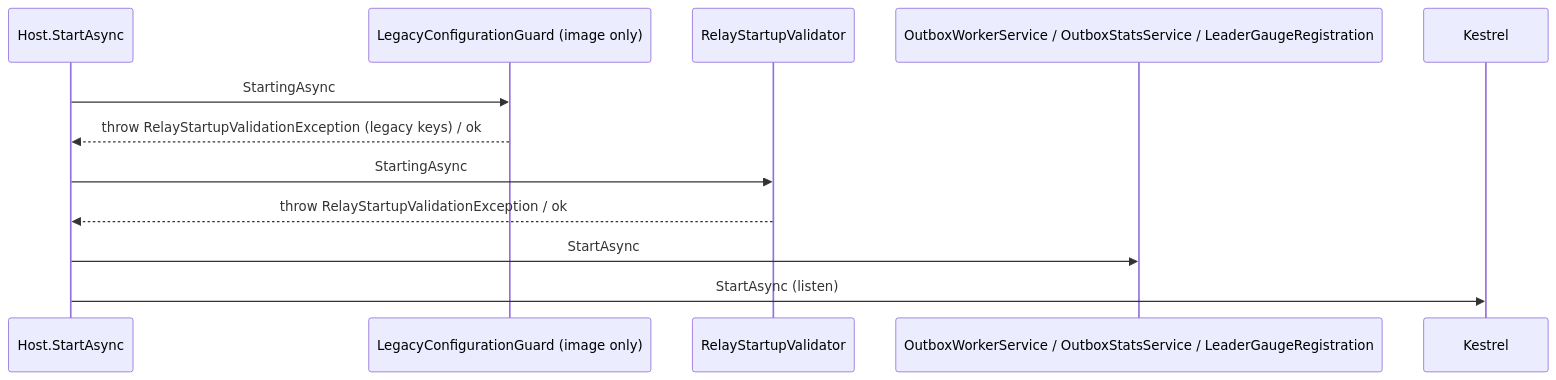
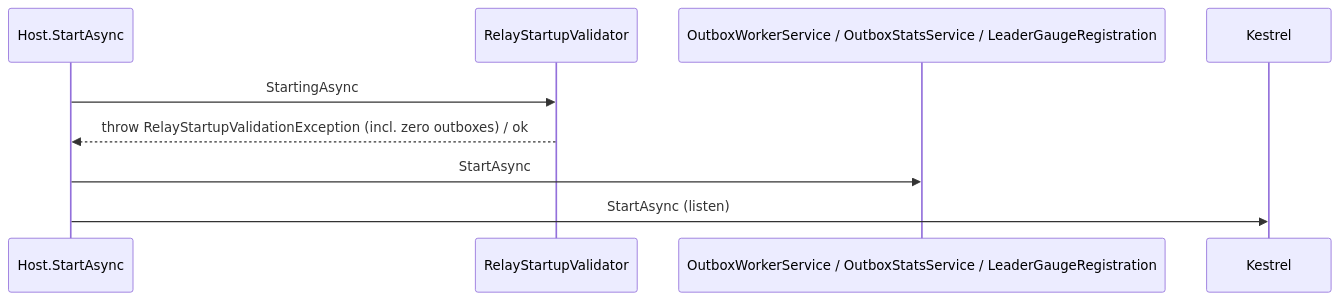
Before and after one commit to Pernix-Labs/pernix-outbox-relay: the second of 2 diagrams in docs/specs/2026-11-21-embeddable-relay/design.md, drawn with Mermaid. The commit also changed other lines of this file and 5 other files, not shown here.

````diff
--- a/docs/specs/2026-11-21-embeddable-relay/design.md
+++ b/docs/specs/2026-11-21-embeddable-relay/design.md
@@ -74,14 +72,11 @@
 ```mermaid
 sequenceDiagram
     participant H as Host.StartAsync
-    participant G as LegacyConfigurationGuard (image only)
     participant V as RelayStartupValidator
     participant W as OutboxWorkerService / OutboxStatsService / LeaderGaugeRegistration
     participant K as Kestrel
-    H->>G: StartingAsync
-    G-->>H: throw RelayStartupValidationException (legacy keys) / ok
     H->>V: StartingAsync
-    V-->>H: throw RelayStartupValidationException / ok
+    V-->>H: throw RelayStartupValidationException (incl. zero outboxes) / ok
     H->>W: StartAsync
     H->>K: StartAsync (listen)
 ```
````
